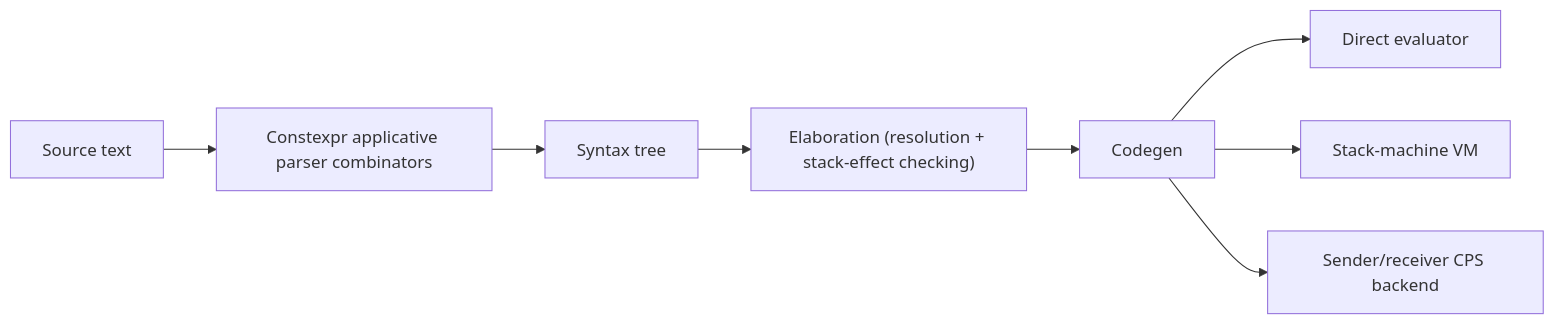
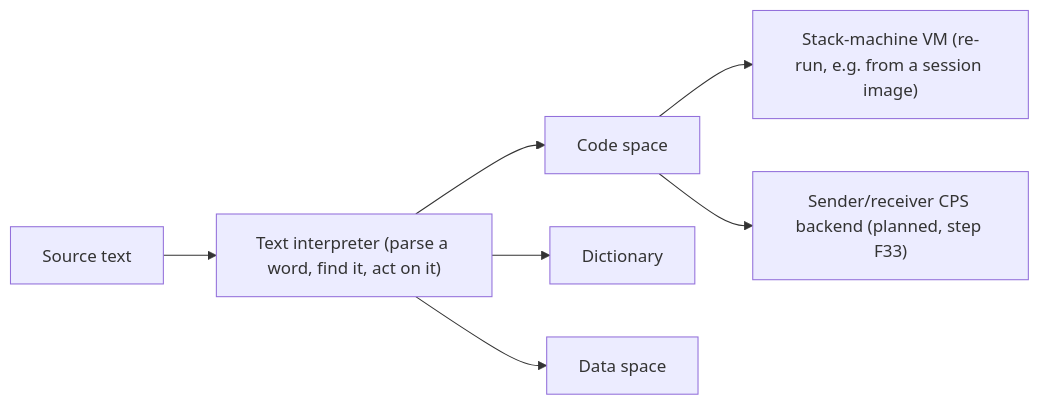
Before and after one commit to steve-downey/compile-time-forth: the diagram in docs/compiler_architecture.org, drawn with Mermaid. The commit also changed other lines of this file and 41 other files, not shown here.

```diff
--- a/docs/compiler_architecture.org
+++ b/docs/compiler_architecture.org
@@ -24,10 +31,9 @@
 #+begin_src mermaid
 flowchart LR
-    A[Source text] --> B[Constexpr applicative parser combinators]
-    B --> C[Syntax tree]
-    C --> D["Elaboration (resolution + stack-effect checking)"]
-    D --> E[Codegen]
-    E --> F[Direct evaluator]
-    E --> G[Stack-machine VM]
-    E --> H["Sender/receiver CPS backend"]
+    A[Source text] --> B["Text interpreter (parse a word, find it, act on it)"]
+    B --> C[Code space]
+    B --> D[Dictionary]
+    B --> E[Data space]
+    C --> F["Stack-machine VM (re-run, e.g. from a session image)"]
+    C --> G["Sender/receiver CPS backend (planned, step F33)"]
 #+end_src
```
